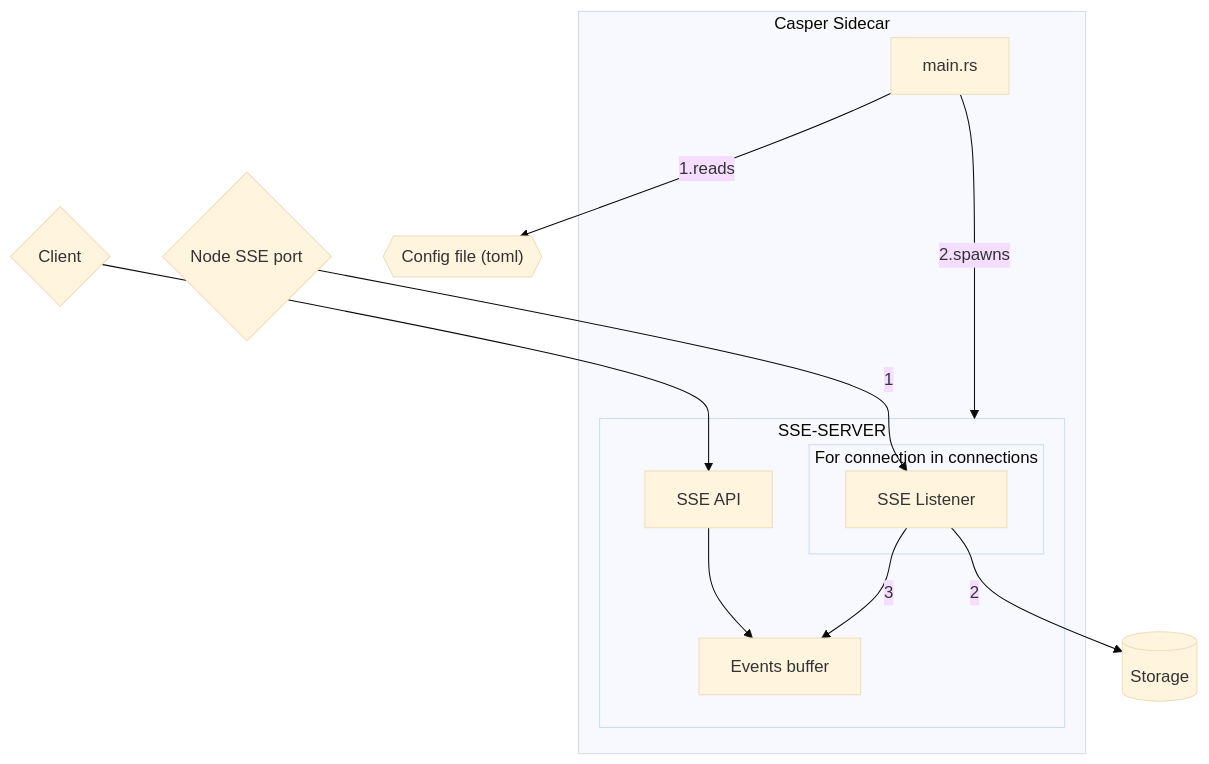
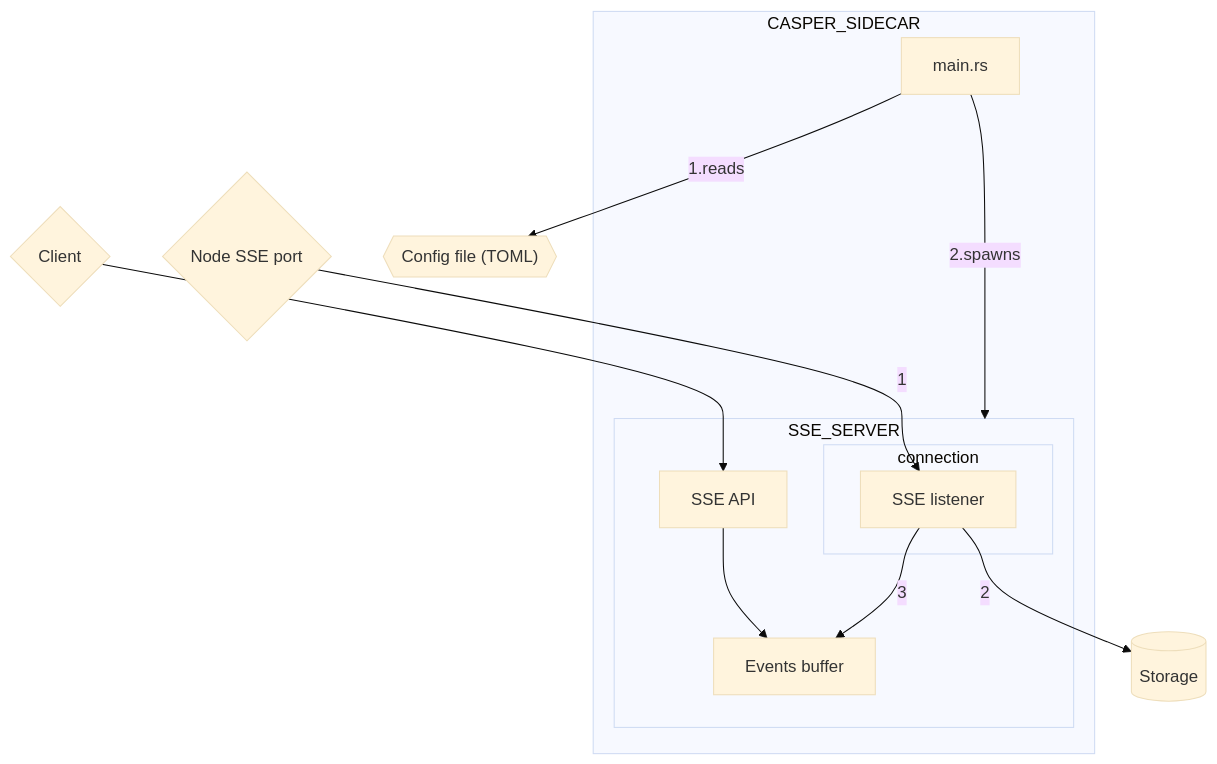
Before and after one commit to casper-network/casper-sidecar: the second of 5 diagrams in README.md, drawn with Mermaid (base theme). The commit also changed other lines of this file, not shown here.

Commit message:
Update diagram labels for consistency

````diff
--- a/README.md
+++ b/README.md
@@ -80,24 +83,24 @@
 ```mermaid
    graph TD;
    CLIENT{Client}
    CLIENT --> SSE_SERVER_API
    STORAGE[("Storage")]
-   CONFIG{{"Config file (toml)"}}
+   CONFIG{{"Config file (TOML)"}}
    MAIN --1.reads--> CONFIG
    NODE_SSE{Node SSE port}
    SSE_LISTENER --2--> STORAGE
    NODE_SSE --1--> SSE_LISTENER
-   subgraph "Casper Sidecar"
+   subgraph CASPER_SIDECAR
      MAIN[main.rs]
-     MAIN --2.spawns---> SSE-SERVER
-     subgraph SSE-SERVER
+     MAIN --2.spawns---> SSE_SERVER
+     subgraph SSE_SERVER
         SSE_SERVER_API["SSE API"]
         RING_BUFFER["Events buffer"]
         SSE_SERVER_API --> RING_BUFFER
         SSE_LISTENER --3--> RING_BUFFER
-        subgraph "For connection in connections"
-          SSE_LISTENER["SSE Listener"]   
+        subgraph "connection"
+          SSE_LISTENER["SSE listener"]   
         end
      end
    end
 ```
````
